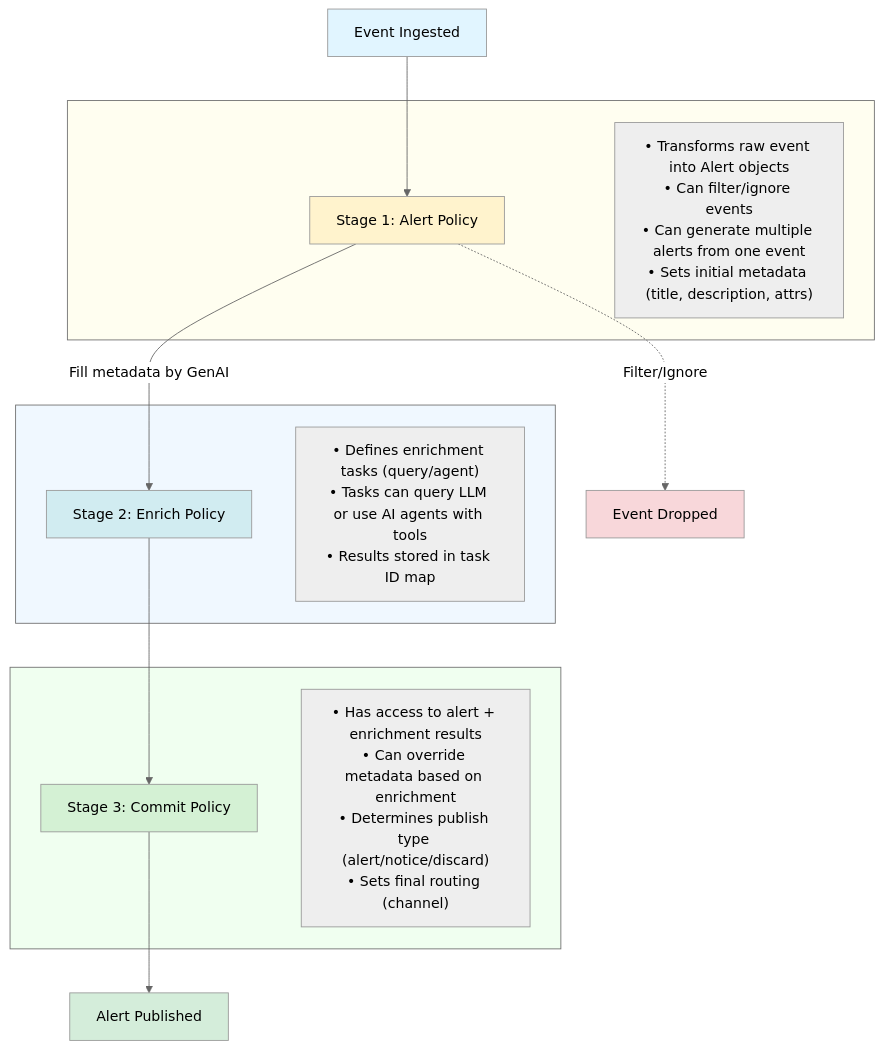
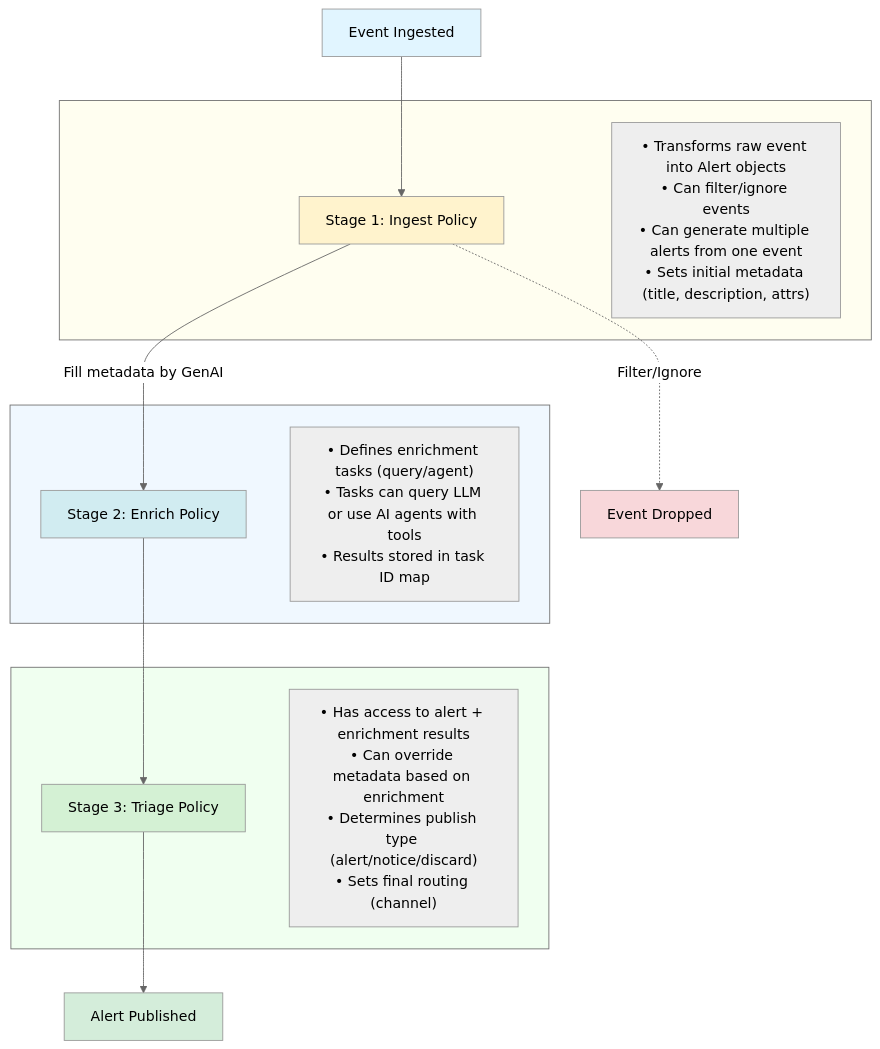
One commit to secmon-lab/warren changed the first of 2 diagrams in doc/policy.md. Above: the diagram before and after it, drawn with Mermaid (neutral theme). The commit also changed other lines of this file and 30 other files, not shown here.

Commit message:
feat: rename alert and commit policies to ingest and triage for improved clarity and alignment with industry terminology (#89)

````diff
--- a/doc/policy.md
+++ b/doc/policy.md
@@ -34,34 +34,34 @@
 ```mermaid
 flowchart TD
-    A[Event Ingested] --> B[Stage 1: Alert Policy]
+    A[Event Ingested] --> B[Stage 1: Ingest Policy]
     B -->|Fill metadata by GenAI| D[Stage 2: Enrich Policy]
-    D --> E[Stage 3: Commit Policy]
+    D --> E[Stage 3: Triage Policy]
     E --> F[Alert Published]
 
     B -.->|Filter/Ignore| G[Event Dropped]
 
     subgraph B_box [" "]
         B
         B_desc["• Transforms raw event into Alert objects<br/>• Can filter/ignore events<br/>• Can generate multiple alerts from one event<br/>• Sets initial metadata (title, description, attrs)"]
     end
 
     subgraph D_box [" "]
         D
         D_desc["• Defines enrichment tasks (query/agent)<br/>• Tasks can query LLM or use AI agents with tools<br/>• Results stored in task ID map"]
     end
 
     subgraph E_box [" "]
         E
         E_desc["• Has access to alert + enrichment results<br/>• Can override metadata based on enrichment<br/>• Determines publish type (alert/notice/discard)<br/>• Sets final routing (channel)"]
     end
 
     style A fill:#e1f5ff
     style F fill:#d4edda
     style G fill:#f8d7da
     style B fill:#fff3cd
     style D fill:#d1ecf1
     style E fill:#d4f1d4
     style B_box fill:#fffef0
     style D_box fill:#f0f8ff
     style E_box fill:#f0fff0
 ```
````
